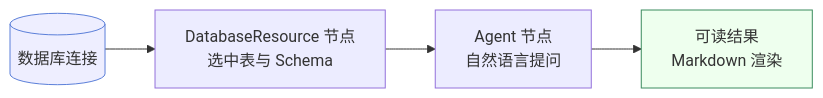
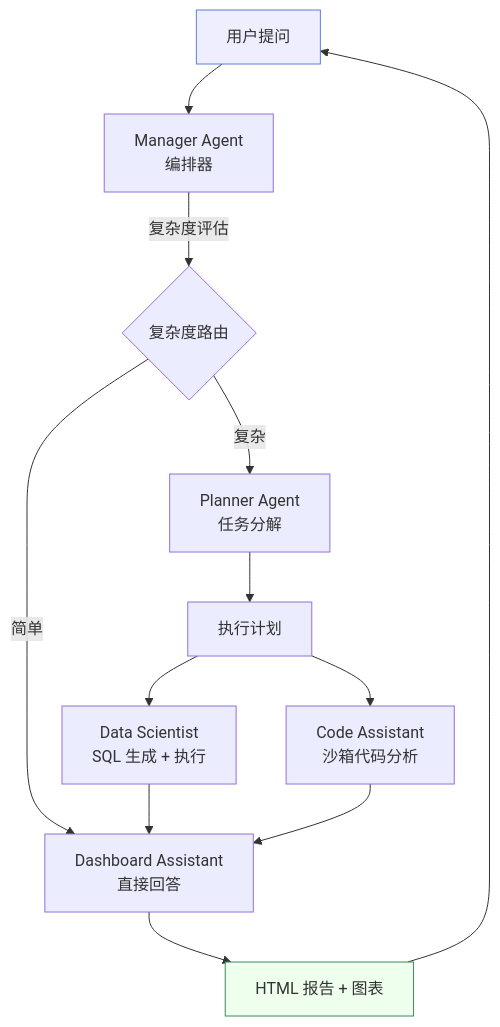
One commit to shixia9/MustBeTheSQL changed the diagram in sql-logic-docs/docs/index.mdx. Above: the diagram before and after it, drawn with Mermaid. The commit also changed other lines of this file and 11 other files, not shown here.

````diff
--- a/sql-logic-docs/docs/index.mdx
+++ b/sql-logic-docs/docs/index.mdx
@@ -28,8 +31,15 @@
 ```mermaid
-flowchart LR
-  A[("数据库连接")] --> B["DatabaseResource 节点<br/>选中表与 Schema"]
-  B --> C["Agent 节点<br/>自然语言提问"]
-  C --> D["可读结果<br/>Markdown 渲染"]
-  style A fill:#eef,stroke:#5b7fd9
-  style D fill:#efe,stroke:#3b8c5e
+flowchart TB
+  User[用户提问] --> Manager[Manager Agent<br/>编排器]
+  Manager -->|复杂度评估| Router{复杂度路由}
+  Router -->|简单| Dashboard[Dashboard Assistant<br/>直接回答]
+  Router -->|复杂| Planner[Planner Agent<br/>任务分解]
+  Planner --> Plan[执行计划]
+  Plan --> DS[Data Scientist<br/>SQL 生成 + 执行]
+  Plan --> CA[Code Assistant<br/>沙箱代码分析]
+  DS & CA --> Dashboard
+  Dashboard --> Report[HTML 报告 + 图表]
+  Report --> User
+  style User fill:#eef,stroke:#5b7fd9
+  style Report fill:#efe,stroke:#3b8c5e
 ```
````
